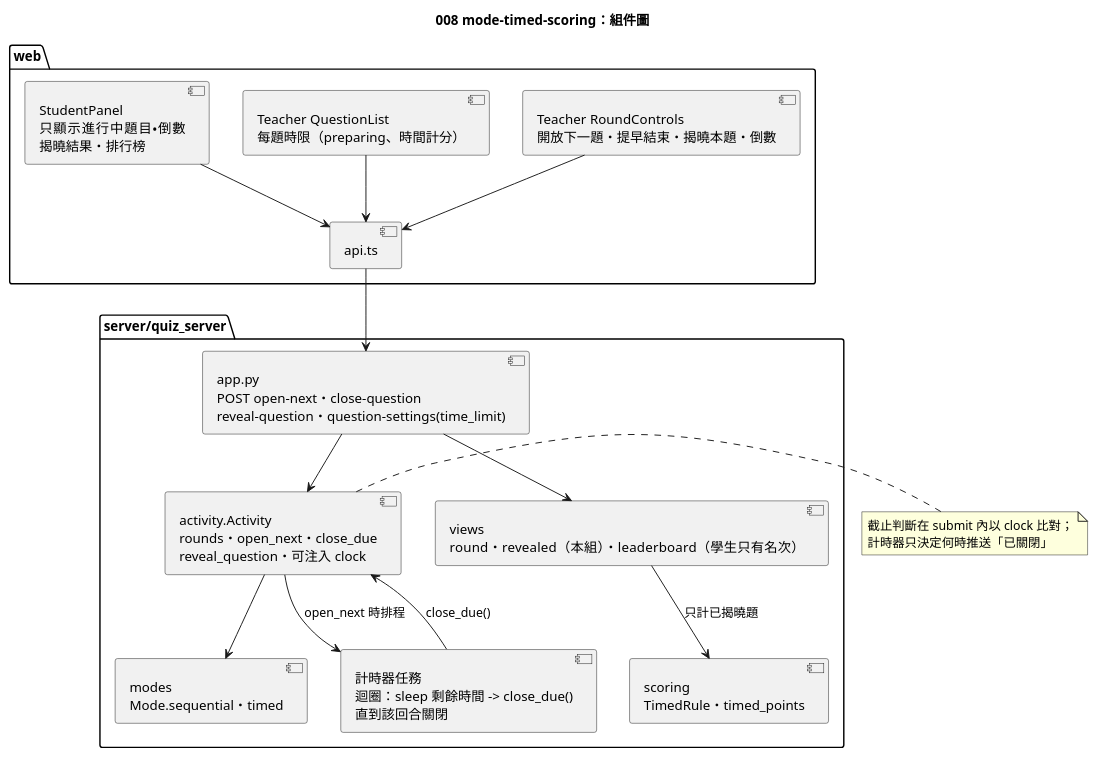
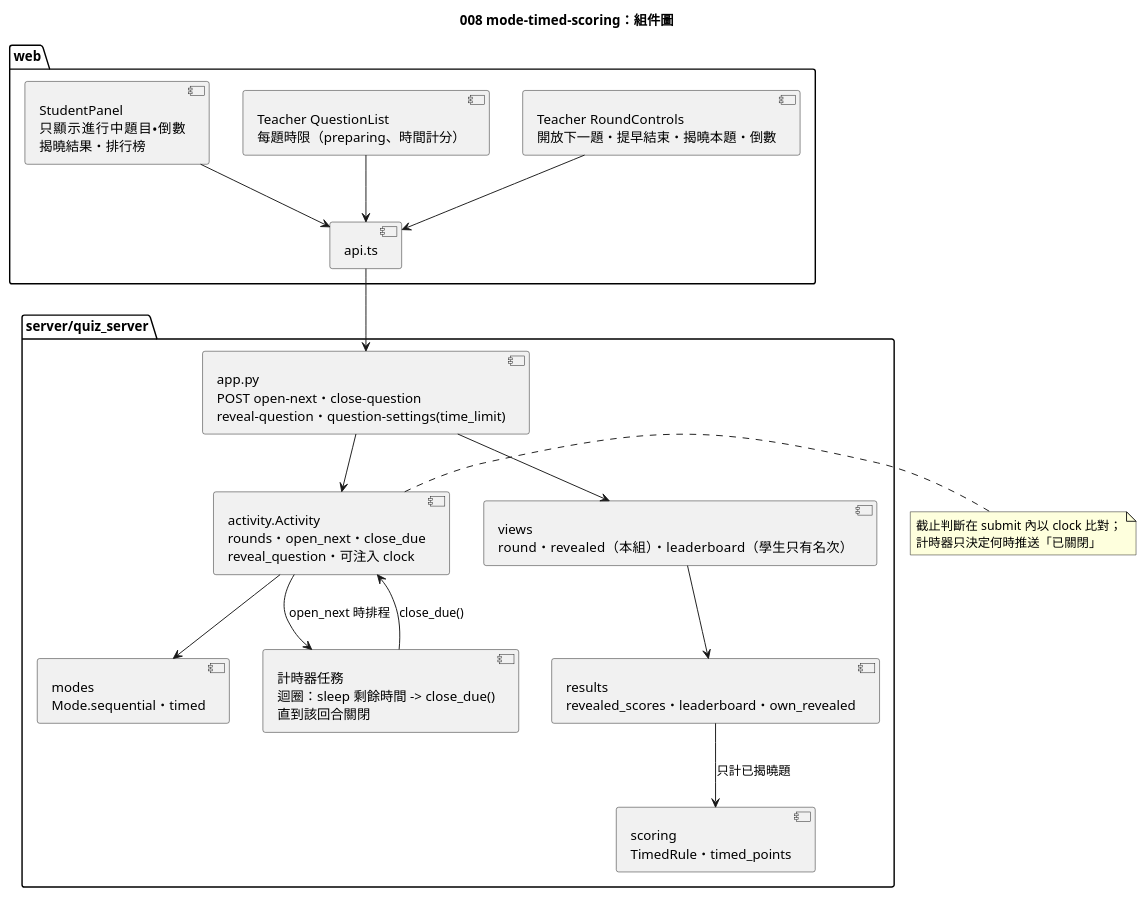
Before and after one commit to yue083139/software_fin-speckit: the diagram in diagrams/008-mode-timed-scoring-component.puml, drawn with PlantUML. The commit also changed 33 other files, not shown here.

```diff
--- a/diagrams/008-mode-timed-scoring-component.puml
+++ b/diagrams/008-mode-timed-scoring-component.puml
@@ -1,35 +1,37 @@
 @startuml 008-mode-timed-scoring-component
 title 008 mode-timed-scoring：組件圖
 
 package "web" {
   [Teacher RoundControls\n開放下一題・提早結束・揭曉本題・倒數] as TRound
   [Teacher QuestionList\n每題時限（preparing、時間計分）] as TList
   [StudentPanel\n只顯示進行中題目・倒數\n揭曉結果・排行榜] as SPage
   [api.ts] as Api
 }
 
 package "server/quiz_server" {
   [app.py\nPOST open-next・close-question\nreveal-question・question-settings(time_limit)] as App
   [modes\nMode.sequential・timed] as Modes
   [activity.Activity\nrounds・open_next・close_due\nreveal_question・可注入 clock] as Act
   [計時器任務\n迴圈：sleep 剩餘時間 -> close_due()\n直到該回合關閉] as Timer
   [scoring\nTimedRule・timed_points] as Scoring
   [views\nround・revealed（本組）・leaderboard（學生只有名次）] as Views
+  [results\nrevealed_scores・leaderboard・own_revealed] as Results
 }
 
 TRound --> Api
 TList --> Api
 SPage --> Api
 Api --> App
 App --> Act
 Act --> Modes
 Act --> Timer : open_next 時排程
 Timer --> Act : close_due()
-Views --> Scoring : 只計已揭曉題
+Views --> Results
+Results --> Scoring : 只計已揭曉題
 App --> Views
 
 note right of Act
   截止判斷在 submit 內以 clock 比對；
   計時器只決定何時推送「已關閉」
 end note
 @enduml
```
